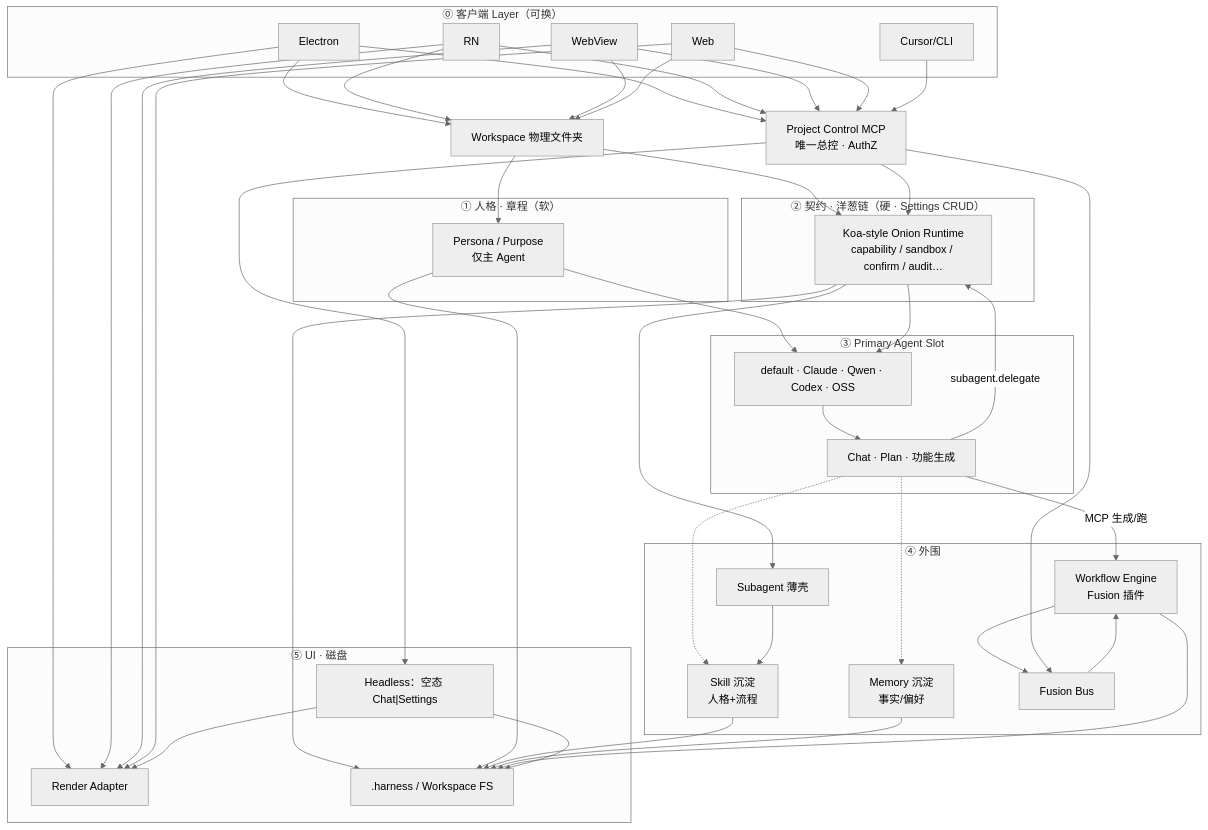
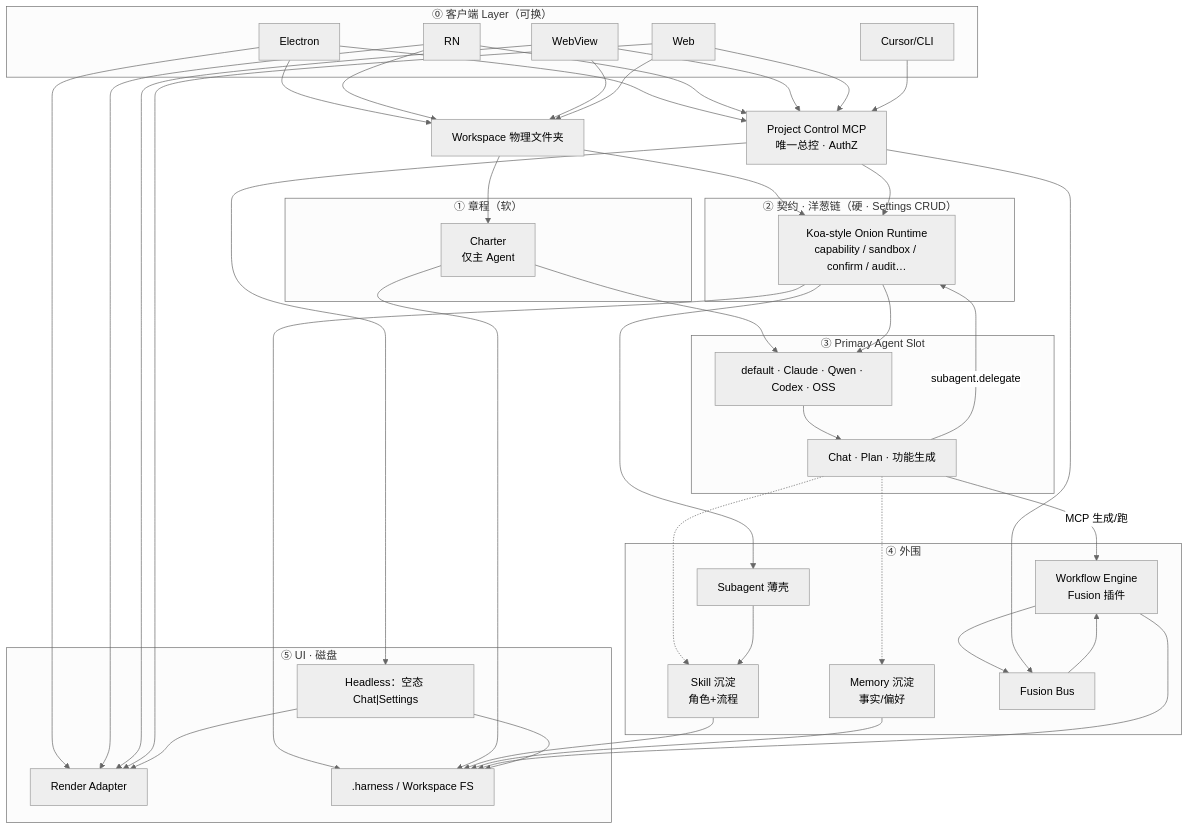
The diagram in docs/superpowers/specs/2026-07-17-harness-control-console-north-star-design.md (haozhang46/contractWrapper), drawn with Mermaid (neutral theme) before and after one commit. The commit also changed other lines of this file and 4 other files, not shown here.

First line of the commit message:
docs: align Slot/T4 specs with ask() loop and charter naming

````diff
--- a/docs/superpowers/specs/2026-07-17-harness-control-console-north-star-design.md
+++ b/docs/superpowers/specs/2026-07-17-harness-control-console-north-star-design.md
@@ -59,68 +59,68 @@
 ```mermaid
 flowchart TB
   subgraph L0["⓪ 客户端 Layer（可换）"]
     C1["Electron"]
     C2["RN"]
     C3["WebView"]
     C4["Web"]
     C5["Cursor/CLI"]
   end
 
   WS["Workspace 物理文件夹"]
 
-  subgraph L1["① 人格 · 章程（软）"]
-    Persona["Persona / Purpose<br/>仅主 Agent"]
+  subgraph L1["① 章程（软）"]
+    Charter["Charter<br/>仅主 Agent"]
   end
 
   subgraph L2["② 契约 · 洋葱链（硬 · Settings CRUD）"]
     Onion["Koa-style Onion Runtime<br/>capability / sandbox / confirm / audit…"]
   end
 
   MCP["Project Control MCP<br/>唯一总控 · AuthZ"]
 
   subgraph L3["③ Primary Agent Slot"]
     Adapters["default · Claude · Qwen · Codex · OSS"]
     Chat["Chat · Plan · 功能生成"]
   end
 
   subgraph L4["④ 外围"]
-    Skill["Skill 沉淀<br/>人格+流程"]
+    Skill["Skill 沉淀<br/>角色+流程"]
     Mem["Memory 沉淀<br/>事实/偏好"]
     Sub["Subagent 薄壳"]
     Fusion["Fusion Bus"]
     WF["Workflow Engine<br/>Fusion 插件"]
   end
 
   subgraph L5["⑤ UI · 磁盘"]
     Headless["Headless：空态 Chat|Settings"]
     Render["Render Adapter"]
     FS[".harness / Workspace FS"]
   end
 
   C1 & C2 & C3 & C4 --> Render
   C1 & C2 & C3 & C4 & C5 --> MCP
   C1 & C2 & C3 & C4 --> WS
-  WS --> Persona
+  WS --> Charter
   WS --> Onion
-  Persona --> Adapters
+  Charter --> Adapters
   MCP --> Onion
   Onion --> Adapters
   Adapters --> Chat
   Chat -->|"subagent.delegate"| Onion
   Onion --> Sub
   Chat -.-> Skill
   Sub --> Skill
   Chat -.-> Mem
   Chat -->|"MCP 生成/跑"| WF
   WF --> Fusion
   MCP --> Fusion
   Fusion --> WF
   MCP --> Headless
   Headless --> Render
   Onion --> FS
-  Persona --> FS
+  Charter --> FS
   Skill --> FS
   Mem --> FS
   WF --> FS
   Headless --> FS
 ```
````
